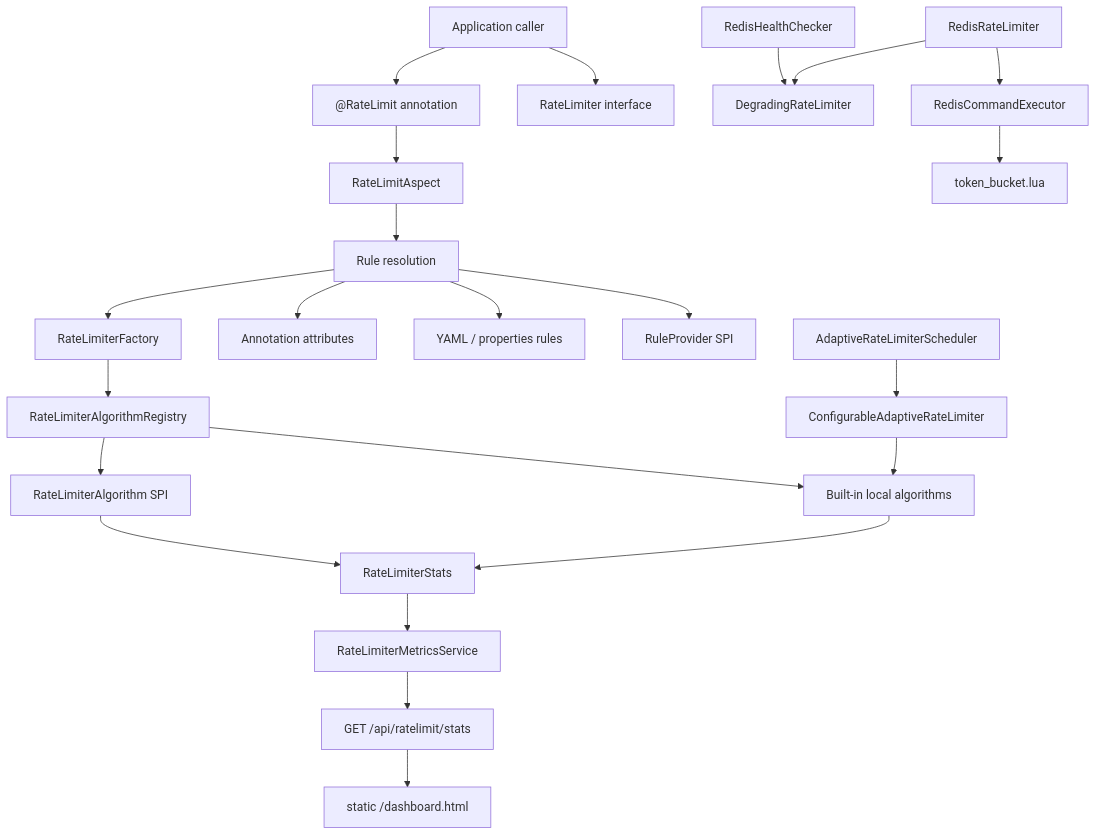
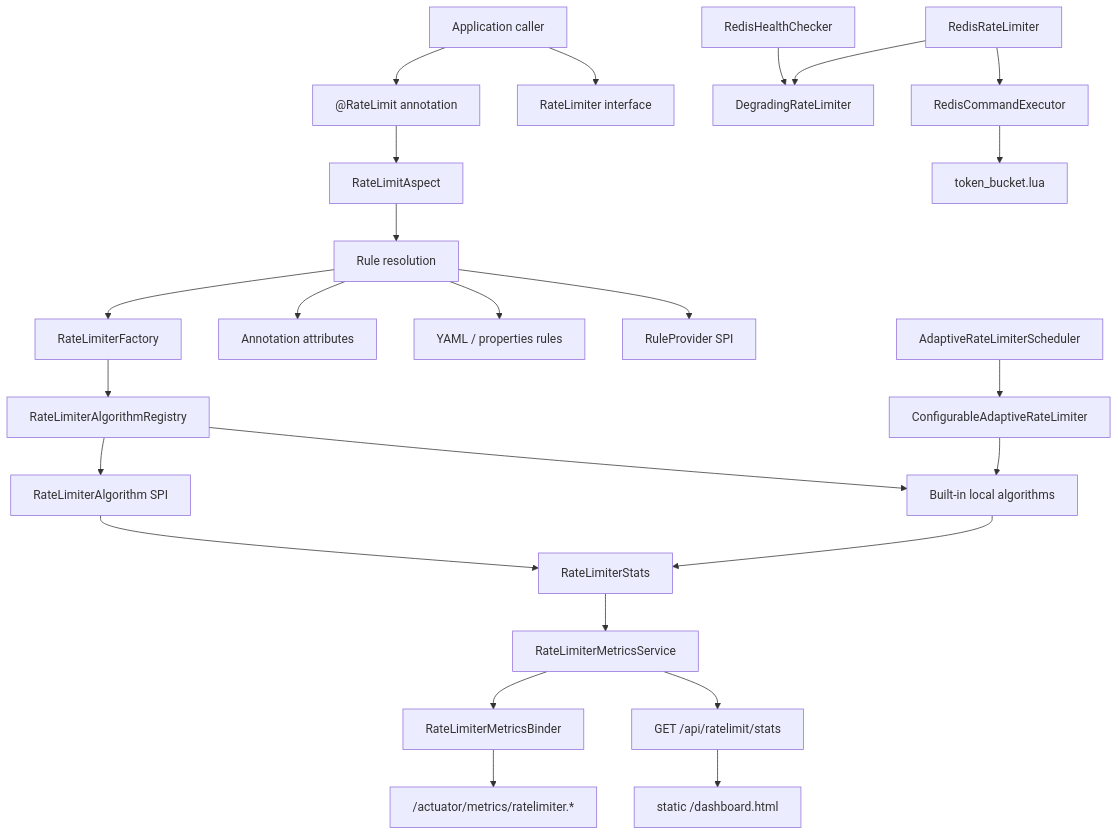
Before and after one commit to cesuogaoshou/Distributed-RateLimiter: the diagram in docs/ARCHITECTURE.md, drawn with Mermaid. The commit also changed other lines of this file and 11 other files, not shown here.

Commit message:
feat: add actuator metrics and resume docs

````diff
--- a/docs/ARCHITECTURE.md
+++ b/docs/ARCHITECTURE.md
@@ -7,25 +7,27 @@
 ```mermaid
 flowchart TB
     caller["Application caller"] --> core["RateLimiter interface"]
     caller --> annotation["@RateLimit annotation"]
     annotation --> aspect["RateLimitAspect"]
     aspect --> resolver["Rule resolution"]
     resolver --> spiRules["RuleProvider SPI"]
     resolver --> configRules["YAML / properties rules"]
     resolver --> annotationRule["Annotation attributes"]
     resolver --> factory["RateLimiterFactory"]
     factory --> registry["RateLimiterAlgorithmRegistry"]
     registry --> builtin["Built-in local algorithms"]
     registry --> customAlgo["RateLimiterAlgorithm SPI"]
     builtin --> stats["RateLimiterStats"]
     customAlgo --> stats
     redis["RedisRateLimiter"] --> executor["RedisCommandExecutor"]
     executor --> lua["token_bucket.lua"]
     redis --> degrading["DegradingRateLimiter"]
     health["RedisHealthChecker"] --> degrading
     adaptive["AdaptiveRateLimiterScheduler"] --> adaptiveLimiter["ConfigurableAdaptiveRateLimiter"]
     adaptiveLimiter --> builtin
     stats --> metricsService["RateLimiterMetricsService"]
     metricsService --> metricsApi["GET /api/ratelimit/stats"]
+    metricsService --> meterBinder["RateLimiterMetricsBinder"]
+    meterBinder --> actuator["/actuator/metrics/ratelimiter.*"]
     metricsApi --> dashboard["static /dashboard.html"]
 ```
````
